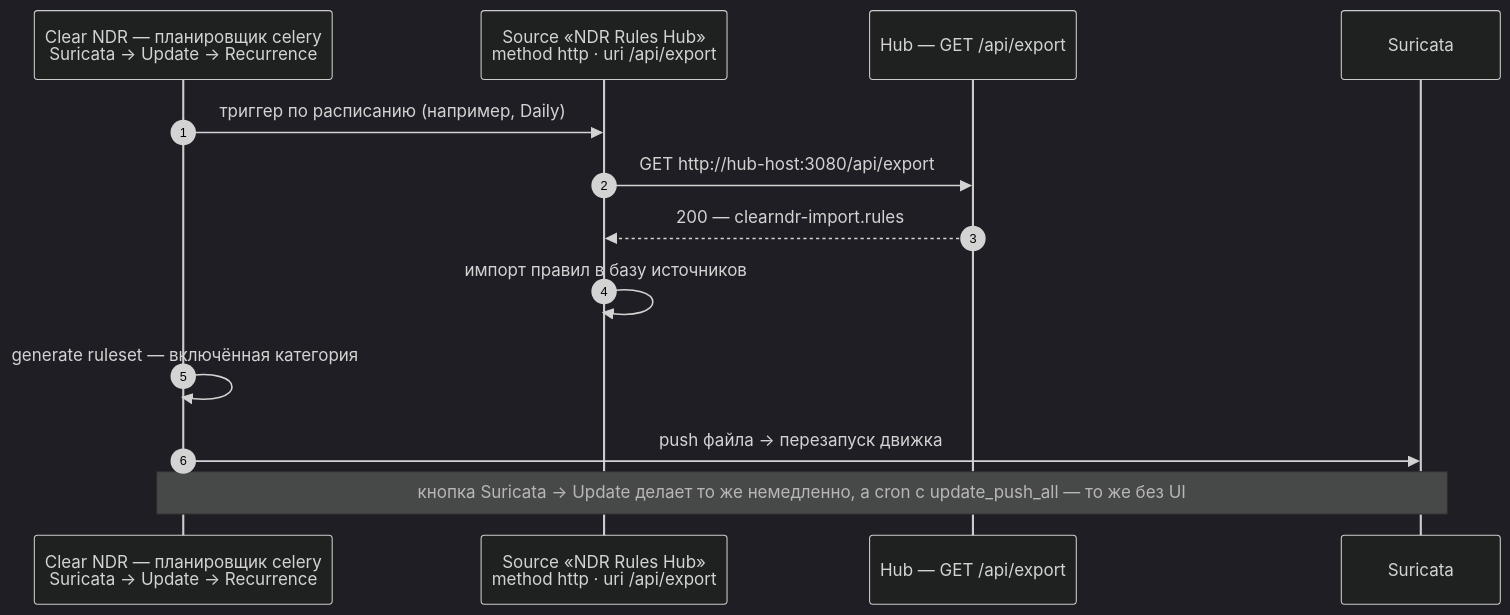
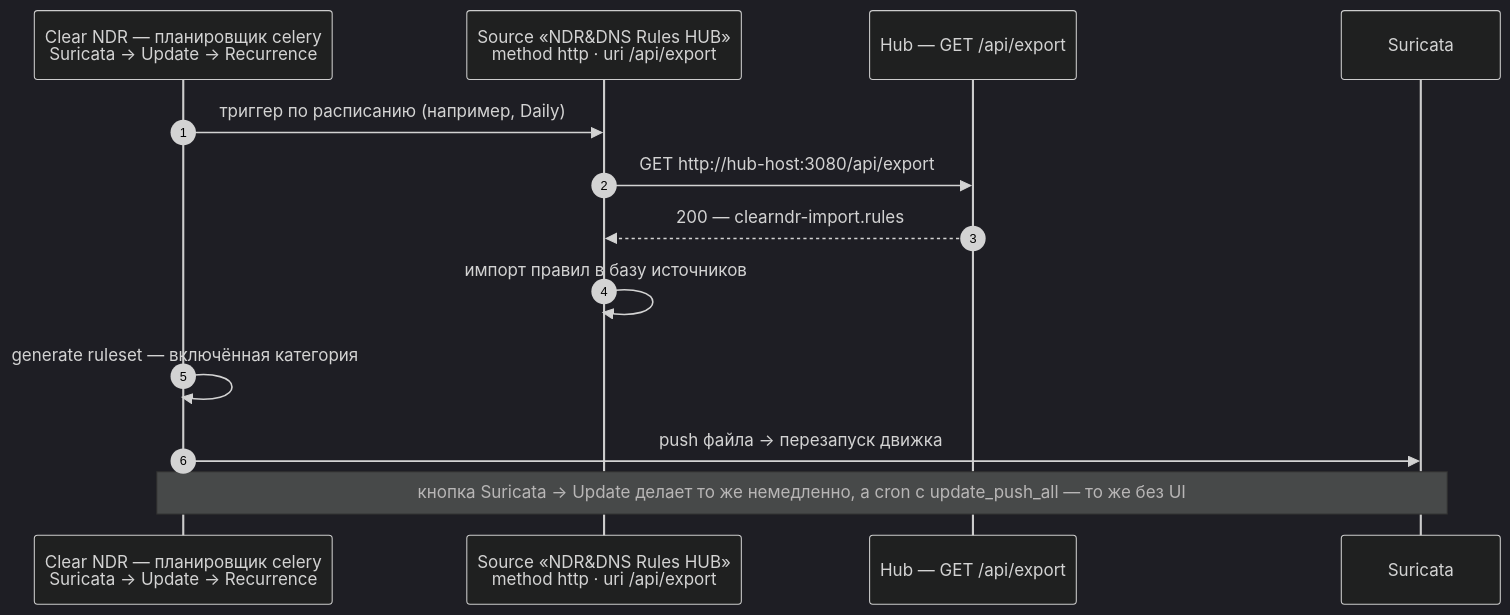
The ninth of 9 diagrams in architecture.md (NoIDXMV6/ndr-rules-hub), drawn with Mermaid (dark theme) before and after one commit. The commit also changed other lines of this file and 64 other files, not shown here.

````diff
--- a/architecture.md
+++ b/architecture.md
@@ -660,16 +660,16 @@
 ```mermaid
 sequenceDiagram
     autonumber
     participant C as Clear NDR — планировщик celery<br/>Suricata → Update → Recurrence
-    participant S as Source «NDR Rules Hub»<br/>method http · uri /api/export
+    participant S as Source «NDR&DNS Rules HUB»<br/>method http · uri /api/export
     participant H as Hub — GET /api/export
     participant X as Suricata
 
     C->>S: триггер по расписанию (например, Daily)
     S->>H: GET http://hub-host:3080/api/export
     H-->>S: 200 — clearndr-import.rules
     S->>S: импорт правил в базу источников
     C->>C: generate ruleset — включённая категория
     C->>X: push файла → перезапуск движка
     Note over C,X: кнопка Suricata → Update делает то же немедленно, а cron с update_push_all — то же без UI
 ```
````
